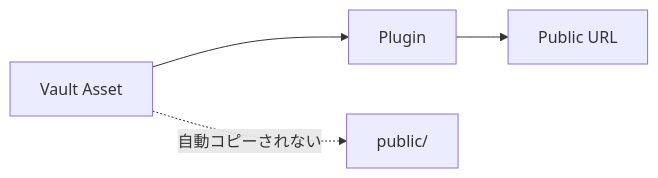
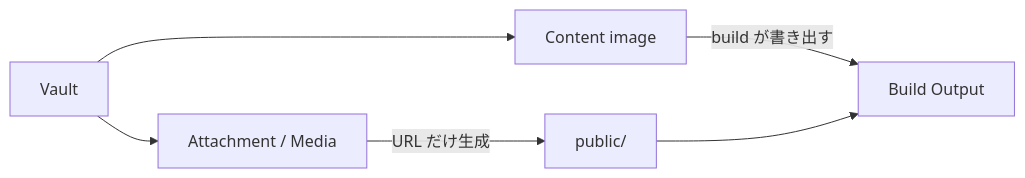
One commit to Rerurate514/riebeckite changed the seventh of 11 diagrams in docs/ja/docs/reference/configuration.md. Above: the diagram before and after it, drawn with Mermaid. The commit also changed other lines of this file and 1 other file, not shown here.

Commit message:
content image と attachment の公開方法を現在の実装に合わせる

````diff
--- a/docs/ja/docs/reference/configuration.md
+++ b/docs/ja/docs/reference/configuration.md
@@ -559,11 +563,13 @@
 ```mermaid id="otcz8u"
 flowchart LR
-    Vault["Vault Asset"]
-    Plugin["Plugin"]
-    URL["Public URL"]
+    Vault["Vault"]
+    Image["Content image"]
+    Attach["Attachment / Media"]
 
-    Vault --> Plugin
-    Plugin --> URL
+    Vault --> Image
+    Vault --> Attach
 
-    Vault -. "自動コピーされない" .-> Public["public/"]
+    Image -->|"build が書き出す"| Output["Build Output"]
+    Attach -->|"URL だけ生成"| Public["public/"]
+    Public --> Output
 ```
````
